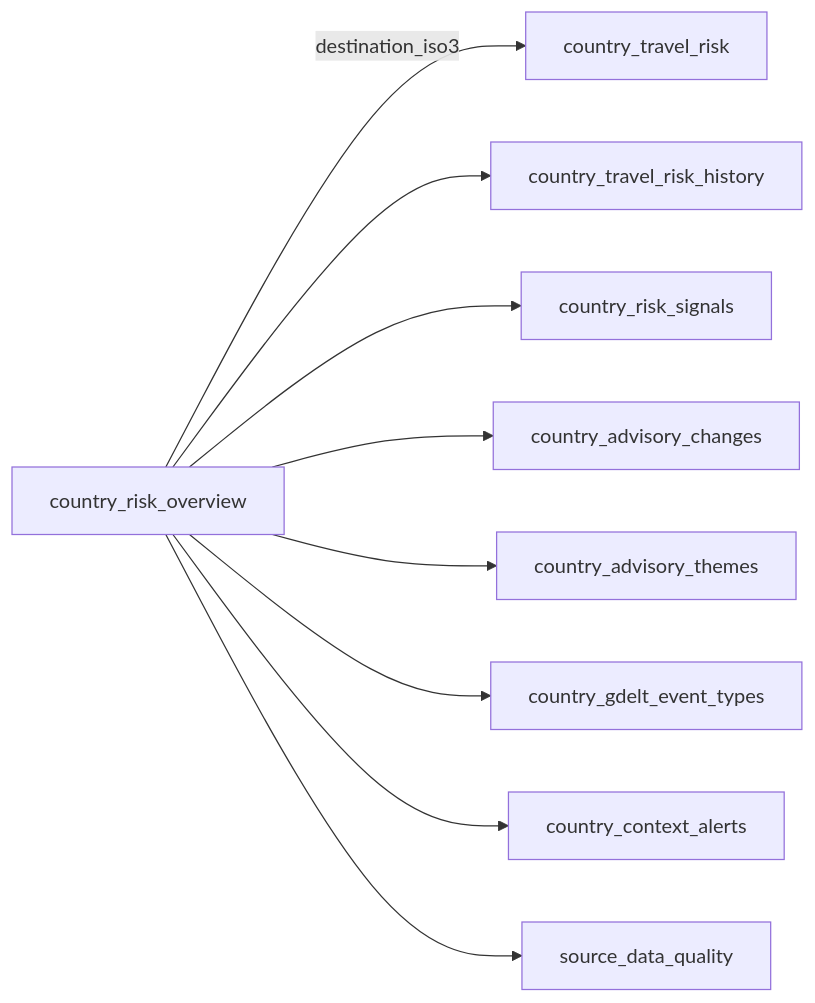
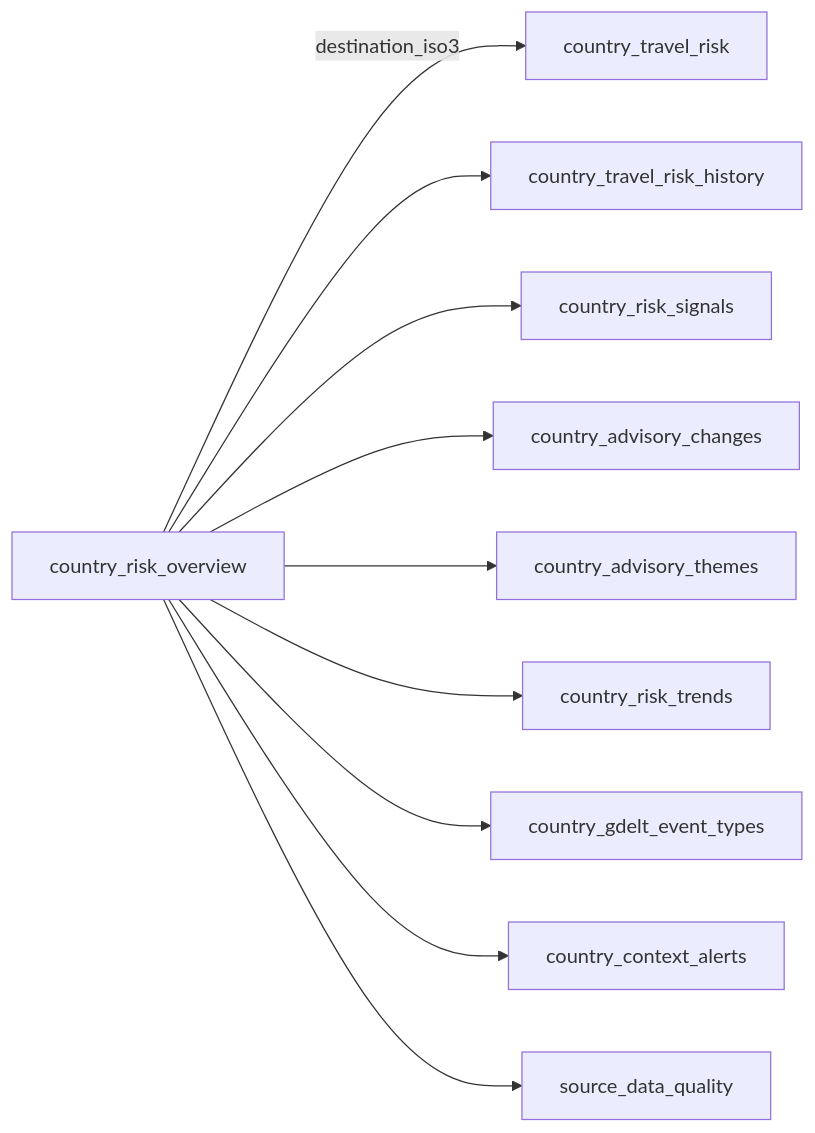
The diagram in docs/audiences/analysts.md (hypertrial/travelcanary-pipeline), drawn with Mermaid before and after one commit. The commit also changed 4 other files, not shown here.

````diff
--- a/docs/audiences/analysts.md
+++ b/docs/audiences/analysts.md
@@ -33,21 +33,23 @@
 ```mermaid
 flowchart LR
   overview["country_risk_overview"]
   risk["country_travel_risk"]
   history["country_travel_risk_history"]
   signals["country_risk_signals"]
   changes["country_advisory_changes"]
   themes["country_advisory_themes"]
+  trends["country_risk_trends"]
   gdelt["country_gdelt_event_types"]
   alerts["country_context_alerts"]
   quality["source_data_quality"]
 
   overview -->|"destination_iso3"| risk
   overview --> history
   overview --> signals
   overview --> changes
   overview --> themes
+  overview --> trends
   overview --> gdelt
   overview --> alerts
   overview --> quality
 ```
````
